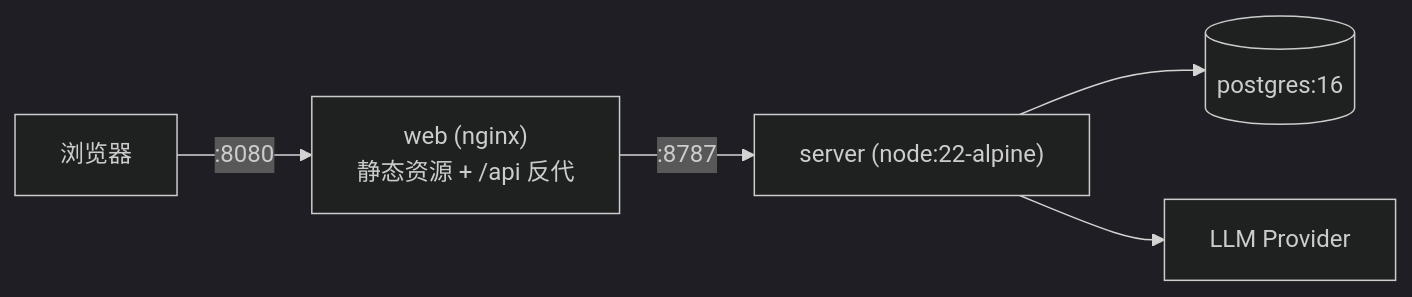
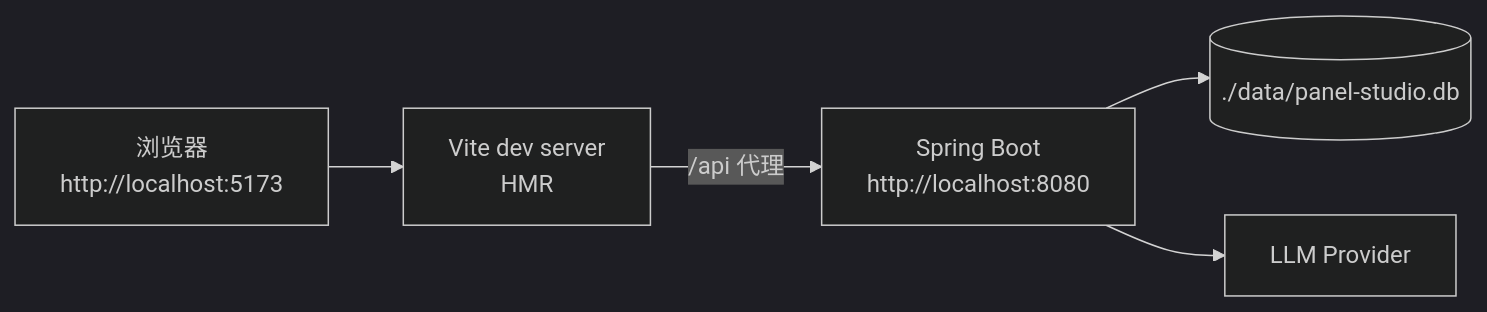
The fourth of 5 diagrams in docs/ARCHITECTURE.md (zueszyz/ai-panel-studio), drawn with Mermaid (dark theme) before and after one commit. The commit also changed other lines of this file, not shown here.

Commit message:
docs(arch): rewrite layering, thread model and sqlite constraints for spring stack

````diff
--- a/docs/ARCHITECTURE.md
+++ b/docs/ARCHITECTURE.md
@@ -271,7 +341,7 @@
 ```mermaid
 flowchart LR
-    U["浏览器"] -->|":8080"| N["web (nginx)<br/>静态资源 + /api 反代"]
-    N -->|":8787"| A["server (node:22-alpine)"]
-    A --> P[("postgres:16")]
+    U["浏览器<br/>http://localhost:5173"] --> V["Vite dev server<br/>HMR"]
+    V -->|"/api 代理"| A["Spring Boot<br/>http://localhost:8080"]
+    A --> D[("./data/panel-studio.db")]
     A --> L["LLM Provider"]
 ```
````
